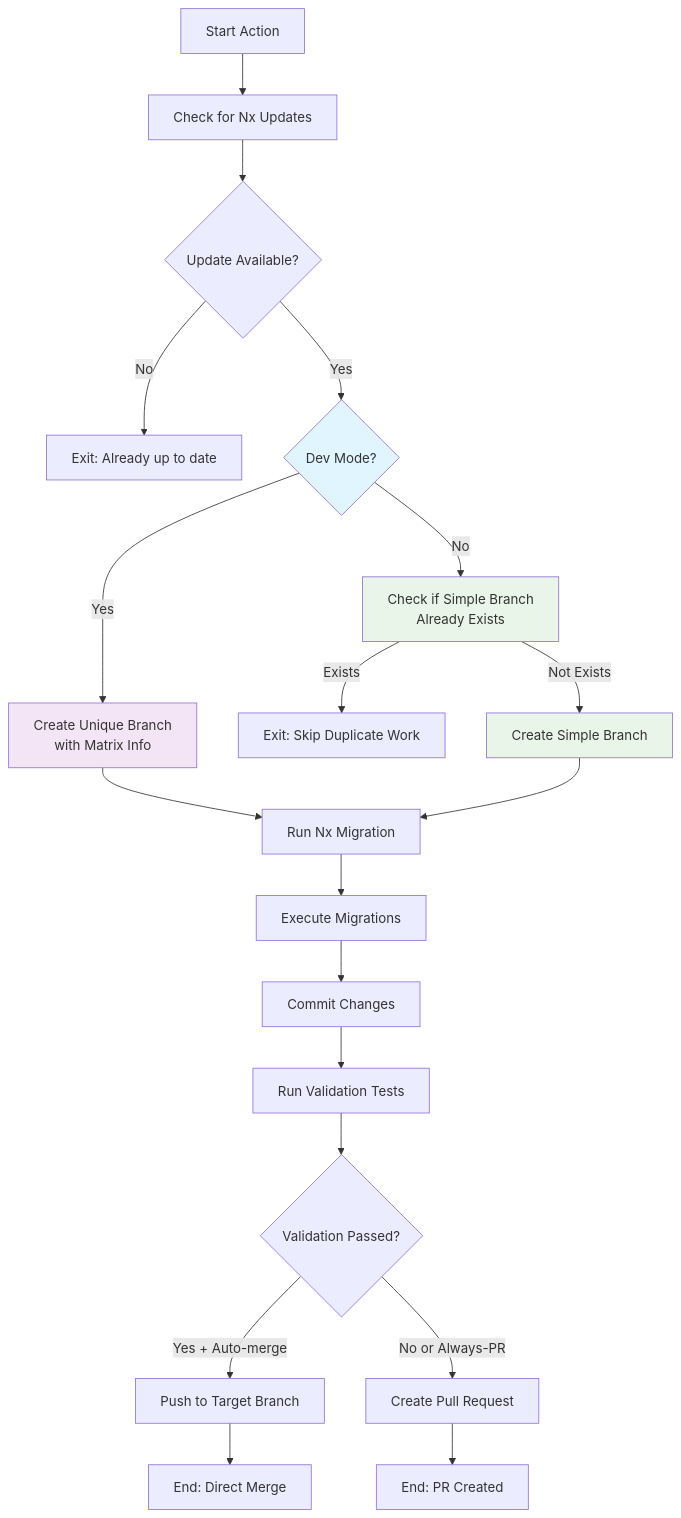
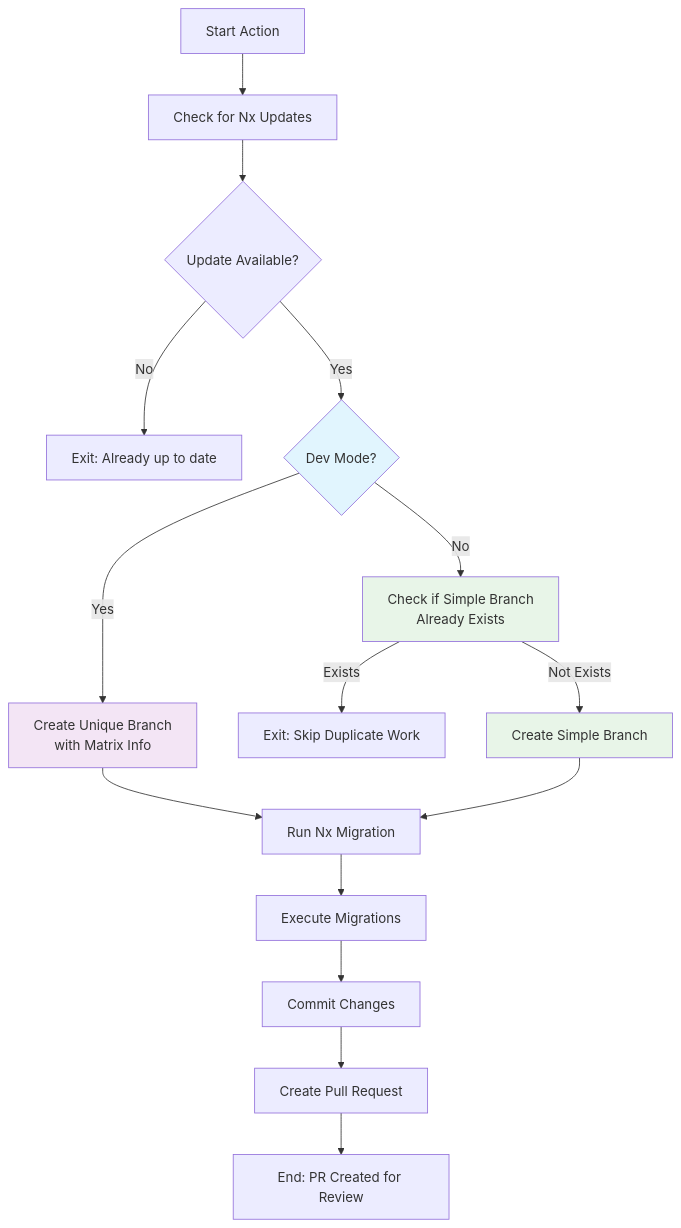
Before and after one commit to gridatek/nx-migrate-action: the diagram in README.md, drawn with Mermaid. The commit also changed other lines of this file and 9 other files, not shown here.

````diff
--- a/README.md
+++ b/README.md
@@ -333,31 +312,25 @@
 ```mermaid
 flowchart TD
     A[Start Action] --> B[Check for Nx Updates]
     B --> C{Update Available?}
     C -->|No| D[Exit: Already up to date]
     C -->|Yes| E{Dev Mode?}
 
     E -->|Yes| F[Create Unique Branch<br/>with Matrix Info]
     E -->|No| G[Check if Simple Branch<br/>Already Exists]
 
     G -->|Exists| H[Exit: Skip Duplicate Work]
     G -->|Not Exists| I[Create Simple Branch]
 
     F --> J[Run Nx Migration]
     I --> J
     J --> K[Execute Migrations]
     K --> L[Commit Changes]
-    L --> M[Run Validation Tests]
-
-    M --> N{Validation Passed?}
-    N -->|Yes + Auto-merge| O[Push to Target Branch]
-    N -->|No or Always-PR| P[Create Pull Request]
-
-    O --> Q[End: Direct Merge]
-    P --> R[End: PR Created]
+    L --> P[Create Pull Request]
+    P --> R[End: PR Created for Review]
 
     style E fill:#e1f5fe
     style F fill:#f3e5f5
     style G fill:#e8f5e8
     style I fill:#e8f5e8
 ```
````
